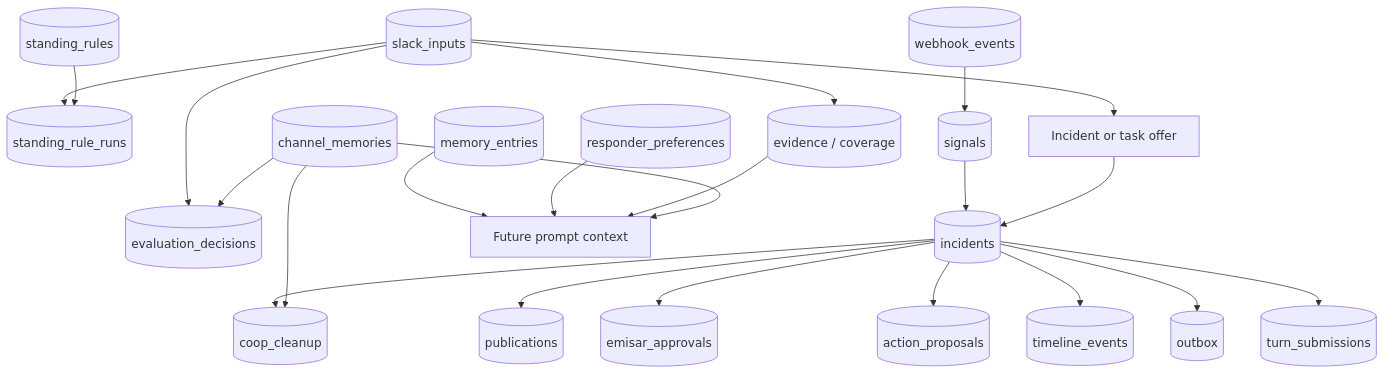
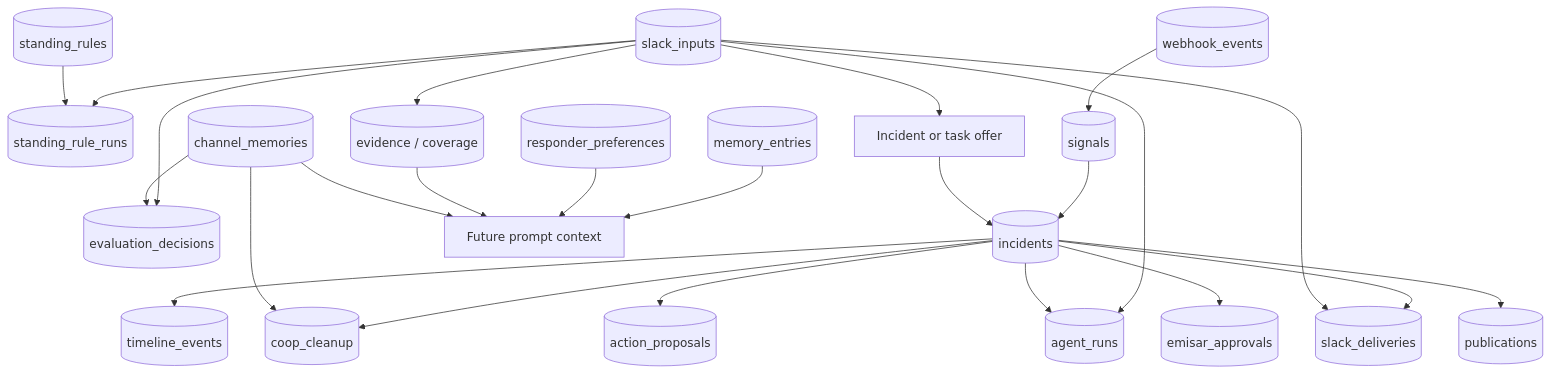
Before and after one commit to AndrewDryga/ryker: diagram 11 of 11 in docs/how-responder-works.md, drawn with Mermaid. The commit also changed other lines of this file and 29 other files, not shown here.

Commit message:
Unify durable Slack and agent processing

````diff
--- a/docs/how-responder-works.md
+++ b/docs/how-responder-works.md
@@ -476,28 +494,30 @@
 ```mermaid
 flowchart TB
   SlackInput[("slack_inputs")] --> Evaluation[("evaluation_decisions")]
   SlackInput --> RuleRun[("standing_rule_runs")]
   SlackInput --> Evidence[("evidence / coverage")]
   SlackInput --> WorkOffer["Incident or task offer"]
 
   Webhook[("webhook_events")] --> Signals[("signals")]
   Signals --> Incident[("incidents")]
   WorkOffer --> Incident
 
-  Incident --> Turns[("turn_submissions")]
-  Incident --> Outbox[("outbox")]
+  SlackInput --> AgentRuns[("agent_runs")]
+  Incident --> AgentRuns
+  Incident --> Deliveries[("slack_deliveries")]
+  SlackInput --> Deliveries
   Incident --> Timeline[("timeline_events")]
   Incident --> Proposals[("action_proposals")]
   Incident --> Approvals[("emisar_approvals")]
   Incident --> Publication[("publications")]
 
   ChannelMemory[("channel_memories")] --> Evaluation
   Memory[("memory_entries")] --> PromptContext["Future prompt context"]
   Preferences[("responder_preferences")] --> PromptContext
   Rules[("standing_rules")] --> RuleRun
   Evidence --> PromptContext
   ChannelMemory --> PromptContext
 
   Incident --> Cleanup[("coop_cleanup")]
   ChannelMemory --> Cleanup
 ```
````
